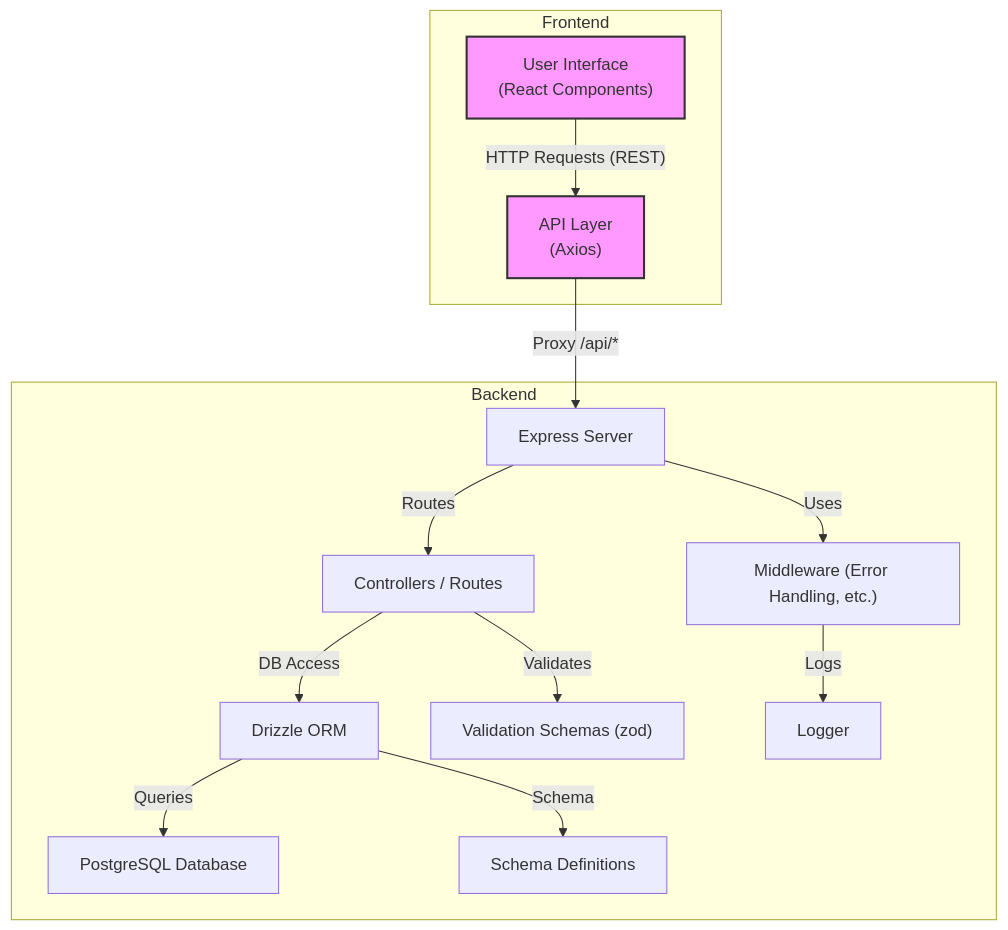
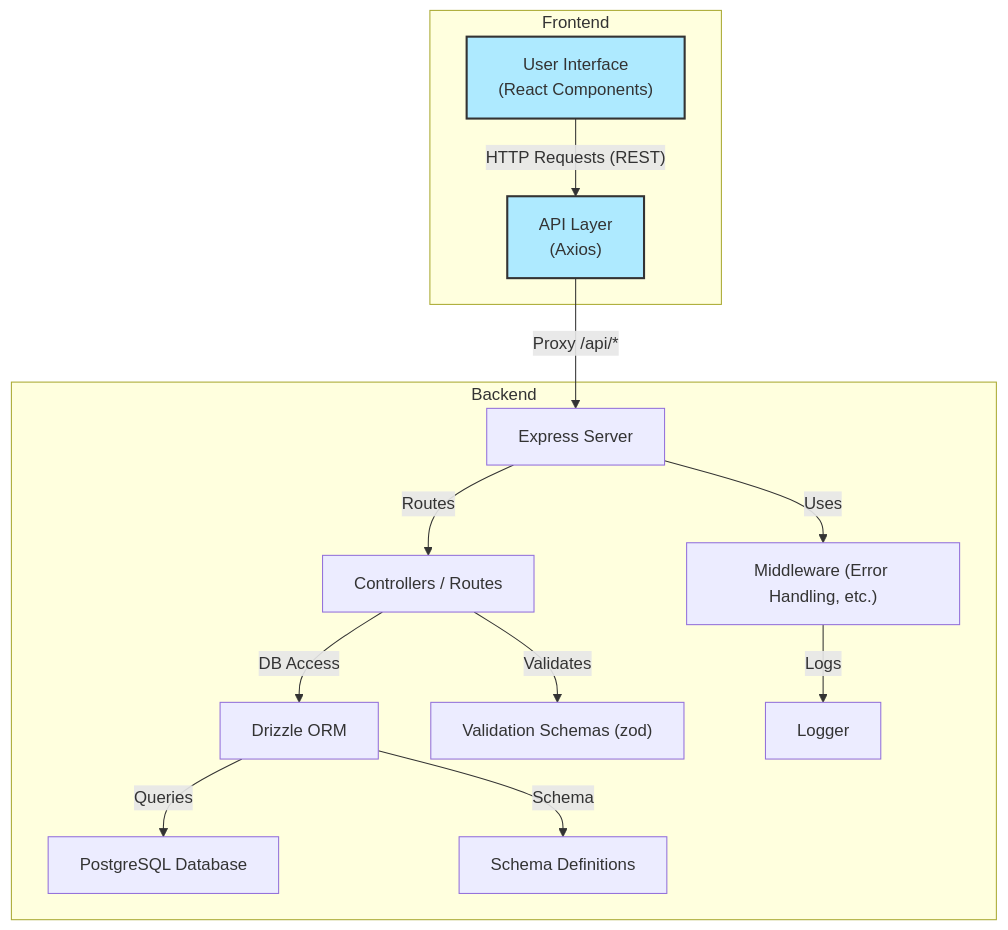
Before and after one commit to daniiprietoo/todolist-microservices: the diagram in README.md, drawn with Mermaid.

Commit message:
Update highlight color in Mermaid diagram within README.md for improved visual distinction.

````diff
--- a/README.md
+++ b/README.md
@@ -16,33 +16,33 @@
 ```mermaid
 flowchart TD
   subgraph Frontend
     FE["User Interface\n(React Components)"]
     API["API Layer\n(Axios)"]
   end
 
   subgraph Backend
     EX["Express Server"]
     MW["Middleware (Error Handling, etc.)"]
     CTL["Controllers / Routes"]
     ORM["Drizzle ORM"]
     DB["PostgreSQL Database"]
     SCH["Schema Definitions"]
     VAL["Validation Schemas (zod)"]
     LOG["Logger"]
   end
 
   FE -- "HTTP Requests (REST)" --> API
   API -- "Proxy /api/*" --> EX
 
   EX -- "Uses" --> MW
   EX -- "Routes" --> CTL
   CTL -- "Validates" --> VAL
   CTL -- "DB Access" --> ORM
   ORM -- "Schema" --> SCH
   ORM -- "Queries" --> DB
   MW -- "Logs" --> LOG
 
-  classDef highlight fill:#f9f,stroke:#333,stroke-width:2px;
+  classDef highlight fill:#aeeaff,stroke:#333,stroke-width:2px;
   class FE,API highlight;
 
 ```
````
